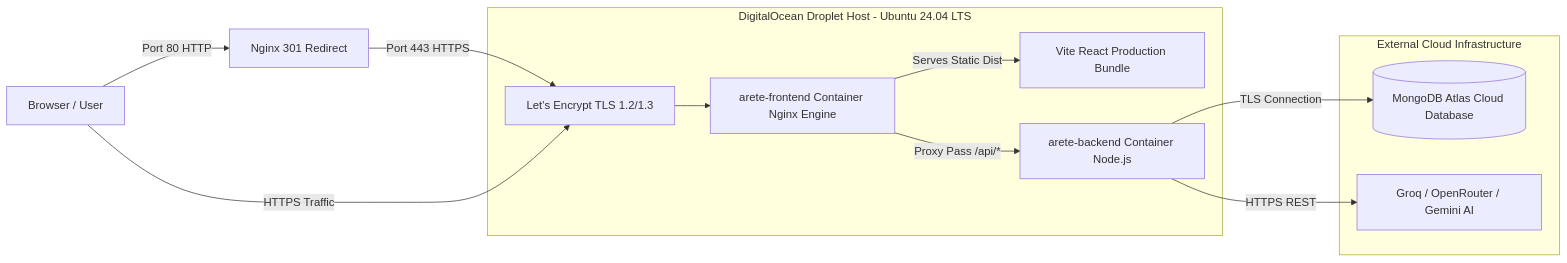
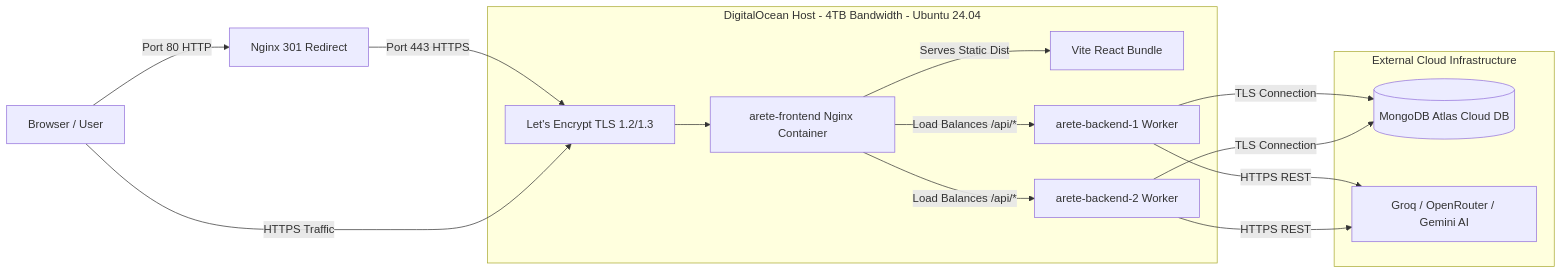
The second of 3 diagrams in README.MD (Saqibayaz4314/Arete-AI), drawn with Mermaid before and after one commit. The commit also changed other lines of this file and 7 other files, not shown here.

````diff
--- a/README.MD
+++ b/README.MD
@@ -213,17 +250,20 @@
 ```mermaid
 flowchart LR
     Client[Browser / User] -->|Port 80 HTTP| Redirect[Nginx 301 Redirect]
     Redirect -->|Port 443 HTTPS| SSL[Let's Encrypt TLS 1.2/1.3]
     Client -->|HTTPS Traffic| SSL
     
-    subgraph DigitalOcean_Droplet[DigitalOcean Droplet Host - Ubuntu 24.04 LTS]
-        SSL --> NginxContainer[arete-frontend Container Nginx Engine]
-        NginxContainer -->|Serves Static Dist| StaticFiles[Vite React Production Bundle]
-        NginxContainer -->|Proxy Pass /api/*| BackendContainer[arete-backend Container Node.js]
+    subgraph DigitalOcean_Droplet[DigitalOcean Host - 4TB Bandwidth - Ubuntu 24.04]
+        SSL --> NginxContainer[arete-frontend Nginx Container]
+        NginxContainer -->|Serves Static Dist| StaticFiles[Vite React Bundle]
+        NginxContainer -->|Load Balances /api/*| Worker1[arete-backend-1 Worker]
+        NginxContainer -->|Load Balances /api/*| Worker2[arete-backend-2 Worker]
     end
 
     subgraph External_Cloud_Services[External Cloud Infrastructure]
-        BackendContainer -->|TLS Connection| Atlas[(MongoDB Atlas Cloud Database)]
-        BackendContainer -->|HTTPS REST| AIWaterfall[Groq / OpenRouter / Gemini AI]
+        Worker1 -->|TLS Connection| Atlas[(MongoDB Atlas Cloud DB)]
+        Worker2 -->|TLS Connection| Atlas
+        Worker1 -->|HTTPS REST| AIWaterfall[Groq / OpenRouter / Gemini AI]
+        Worker2 -->|HTTPS REST| AIWaterfall
     end
 ```
````
